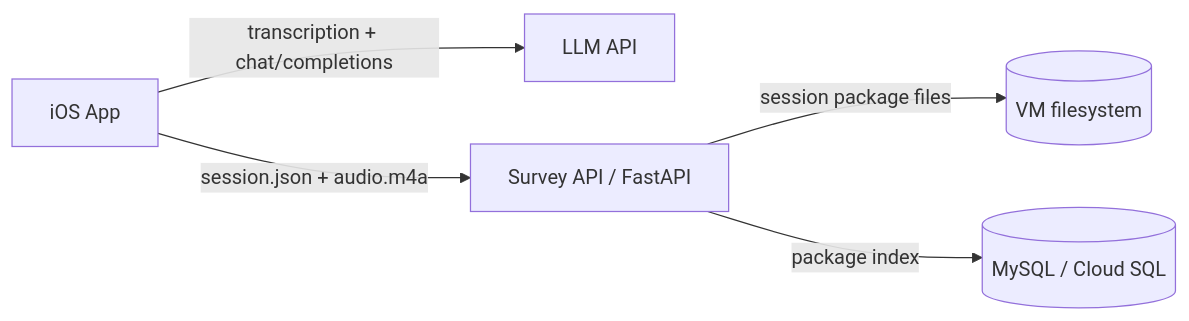
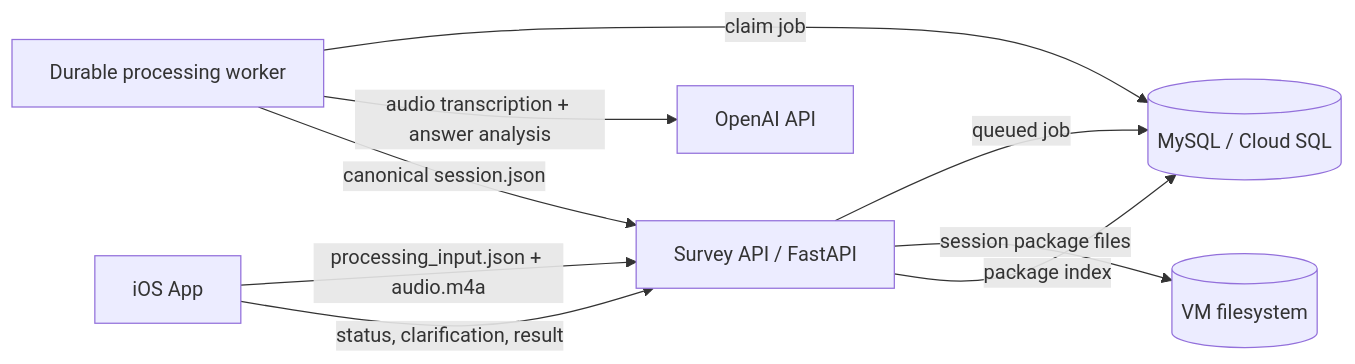
One commit to shkim001/ios-voice-llm-survey changed the diagram in README.md. Above: the diagram before and after it, drawn with Mermaid. The commit also changed other lines of this file and 16 other files, not shown here.

Commit message:
Move interview processing to durable server worker

````diff
--- a/README.md
+++ b/README.md
@@ -7,12 +7,17 @@
 ```mermaid
 flowchart LR
   iOS[iOS App]
-  LLM[LLM API]
+  OpenAI[OpenAI API]
   API[Survey API / FastAPI]
+  Worker[Durable processing worker]
   DB[(MySQL / Cloud SQL)]
 
-  iOS -->|transcription + chat/completions| LLM
-  iOS -->|session.json + audio.m4a| API
+  iOS -->|processing_input.json + audio.m4a| API
+  API -->|queued job| DB
+  Worker -->|claim job| DB
+  Worker -->|audio transcription + answer analysis| OpenAI
+  Worker -->|canonical session.json| API
+  iOS -->|status, clarification, result| API
   API -->|session package files| Files[(VM filesystem)]
   API -->|package index| DB
 ```
````
